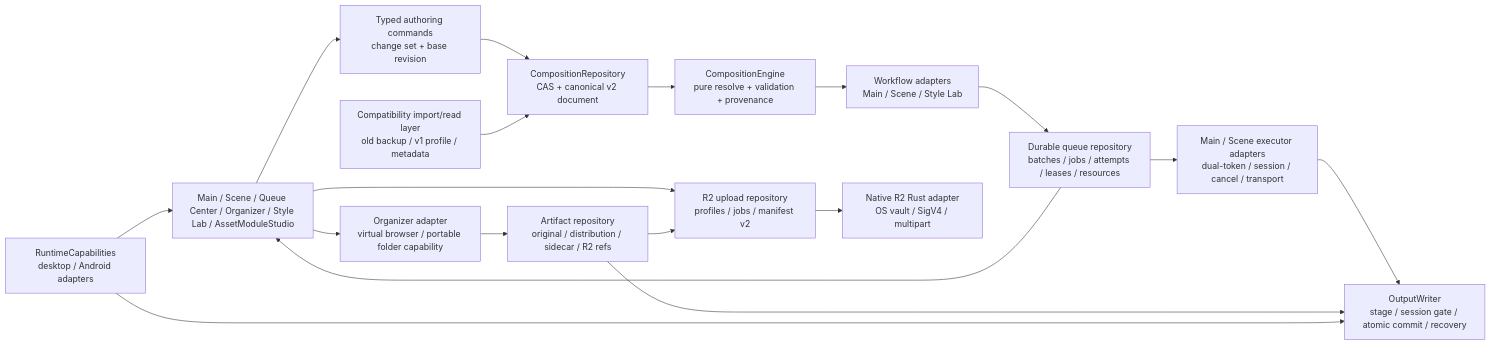
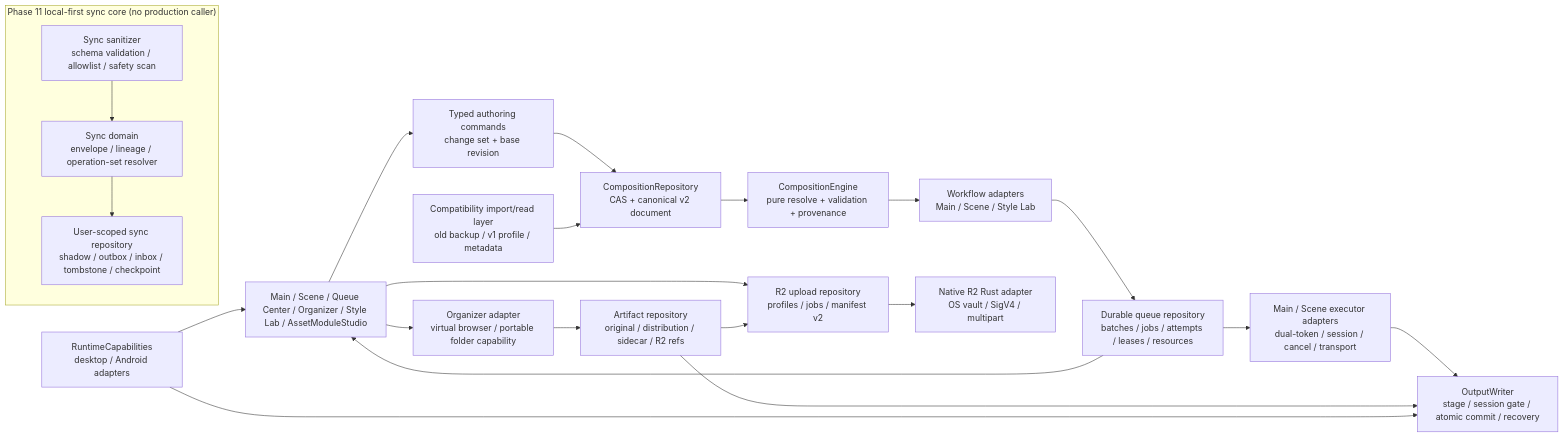
Before and after one commit to JaCha00/nais_blue: the diagram in docs/composition-v2/ARCHITECTURE.md, drawn with Mermaid. The commit also changed other lines of this file and 24 other files, not shown here.

````diff
--- a/docs/composition-v2/ARCHITECTURE.md
+++ b/docs/composition-v2/ARCHITECTURE.md
@@ -5,29 +5,36 @@
 ```mermaid
 flowchart LR
     GUI["Main / Scene / Queue Center / Organizer / Style Lab / AssetModuleStudio"]
     CMD["Typed authoring commands\nchange set + base revision"]
     REPO["CompositionRepository\nCAS + canonical v2 document"]
     ENGINE["CompositionEngine\npure resolve + validation + provenance"]
     ADAPTER["Workflow adapters\nMain / Scene / Style Lab"]
     QUEUE["Durable queue repository\nbatches / jobs / attempts / leases / resources"]
     EXEC["Main / Scene executor adapters\ndual-token / session / cancel / transport"]
     R2Q["R2 upload repository\nprofiles / jobs / manifest v2"]
     R2N["Native R2 Rust adapter\nOS vault / SigV4 / multipart"]
     ART["Artifact repository\noriginal / distribution / sidecar / R2 refs"]
     ORG["Organizer adapter\nvirtual browser / portable folder capability"]
     OUT["OutputWriter\nstage / session gate / atomic commit / recovery"]
     CAP["RuntimeCapabilities\ndesktop / Android adapters"]
     LEGACY["Compatibility import/read layer\nold backup / v1 profile / metadata"]
 
+    subgraph SYNCLOCAL["Phase 11 local-first sync core (no production caller)"]
+        SSAN["Sync sanitizer\nschema validation / allowlist / safety scan"]
+        SDOM["Sync domain\nenvelope / lineage / operation-set resolver"]
+        SDB["User-scoped sync repository\nshadow / outbox / inbox / tombstone / checkpoint"]
+        SSAN --> SDOM --> SDB
+    end
+
     GUI --> CMD --> REPO
     REPO --> ENGINE --> ADAPTER
     ADAPTER --> QUEUE --> EXEC --> OUT
     GUI --> R2Q --> R2N
     GUI --> ORG --> ART
     ART --> OUT
     ART --> R2Q
     QUEUE --> GUI
     CAP --> GUI
     CAP --> OUT
     LEGACY --> REPO
 ```
````
